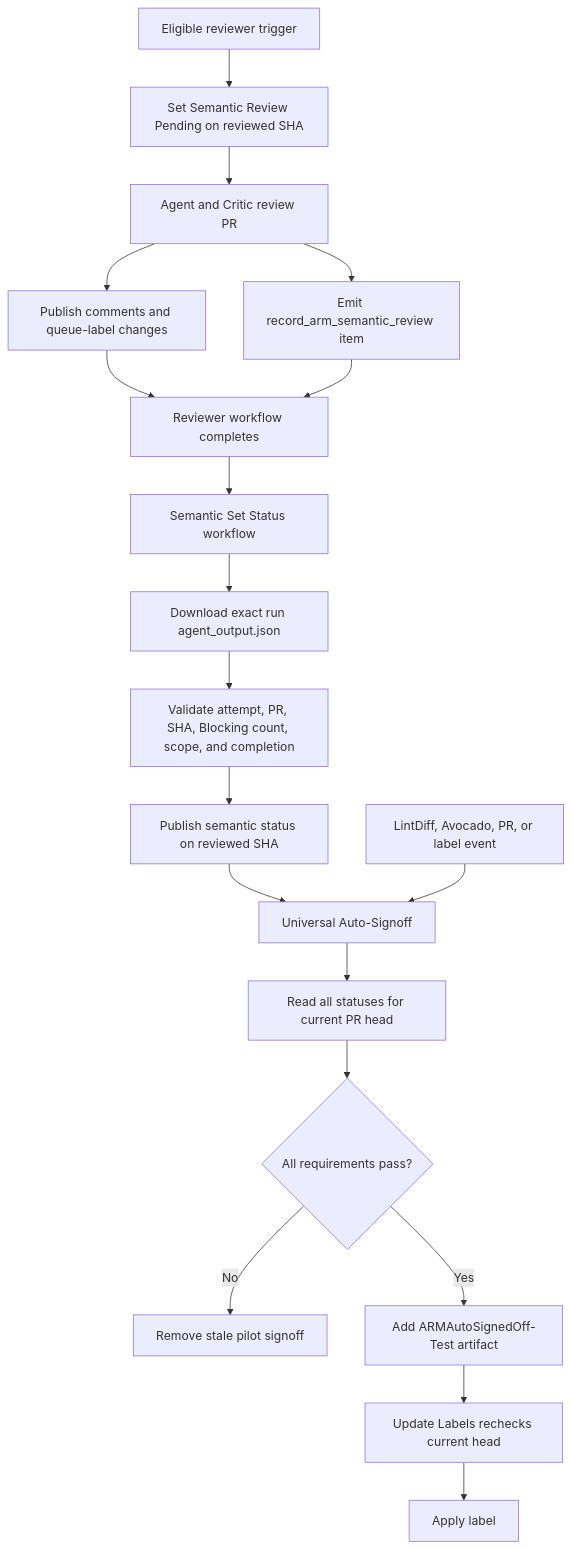
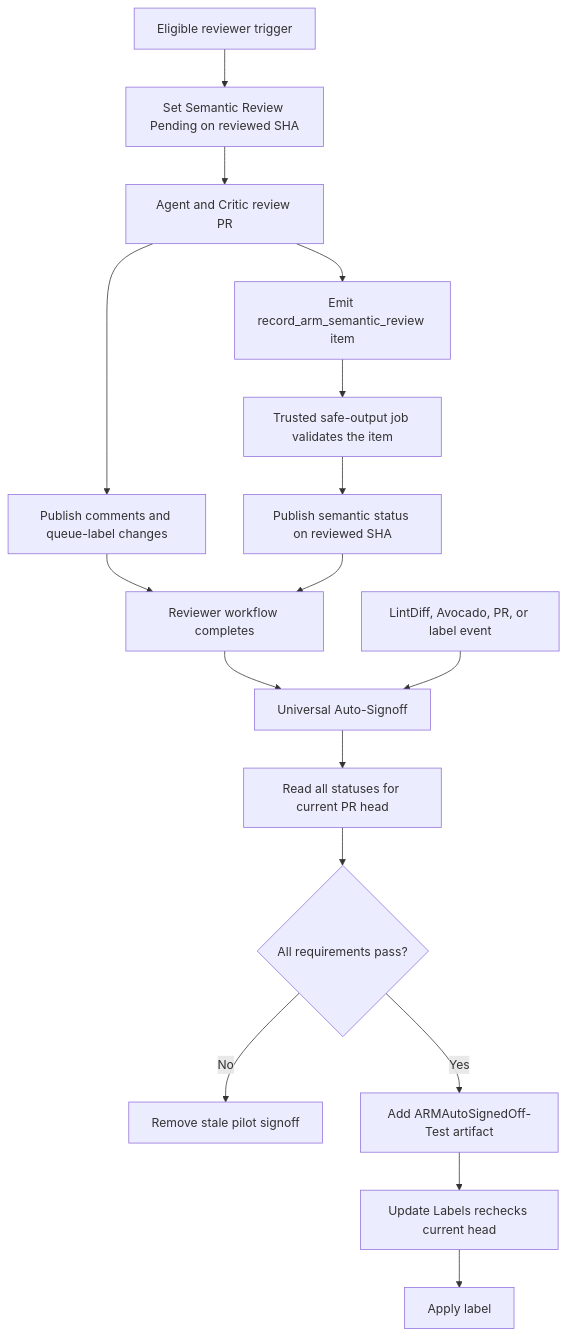
The diagram in documentation/arm-semantic-review-auto-signoff-implementation.md (Azure/azure-rest-api-specs), drawn with Mermaid before and after one commit. The commit also changed other lines of this file and 12 other files, not shown here.

First line of the commit message:
Harden ARM semantic review status lifecycle

````diff
--- a/documentation/arm-semantic-review-auto-signoff-implementation.md
+++ b/documentation/arm-semantic-review-auto-signoff-implementation.md
@@ -118,23 +115,20 @@
 ```mermaid
 flowchart TD
     A[Eligible reviewer trigger] --> B[Set Semantic Review Pending on reviewed SHA]
     B --> C[Agent and Critic review PR]
     C --> D[Publish comments and queue-label changes]
     C --> E[Emit record_arm_semantic_review item]
-    D --> F[Reviewer workflow completes]
-    E --> F
-
-    F --> G[Semantic Set Status workflow]
-    G --> H[Download exact run agent_output.json]
-    H --> I[Validate attempt, PR, SHA, Blocking count, scope, and completion]
-    I --> J[Publish semantic status on reviewed SHA]
-    J --> K[Universal Auto-Signoff]
+    E --> F[Trusted safe-output job validates the item]
+    F --> G[Publish semantic status on reviewed SHA]
+    D --> H[Reviewer workflow completes]
+    G --> H
+    H --> K[Universal Auto-Signoff]
 
     L[LintDiff, Avocado, PR, or label event] --> K
     K --> M[Read all statuses for current PR head]
     M --> N{All requirements pass?}
     N -- No --> O[Remove stale pilot signoff]
     N -- Yes --> P[Add ARMAutoSignedOff-Test artifact]
     P --> Q[Update Labels rechecks current head]
     Q --> R[Apply label]
 ```
````
